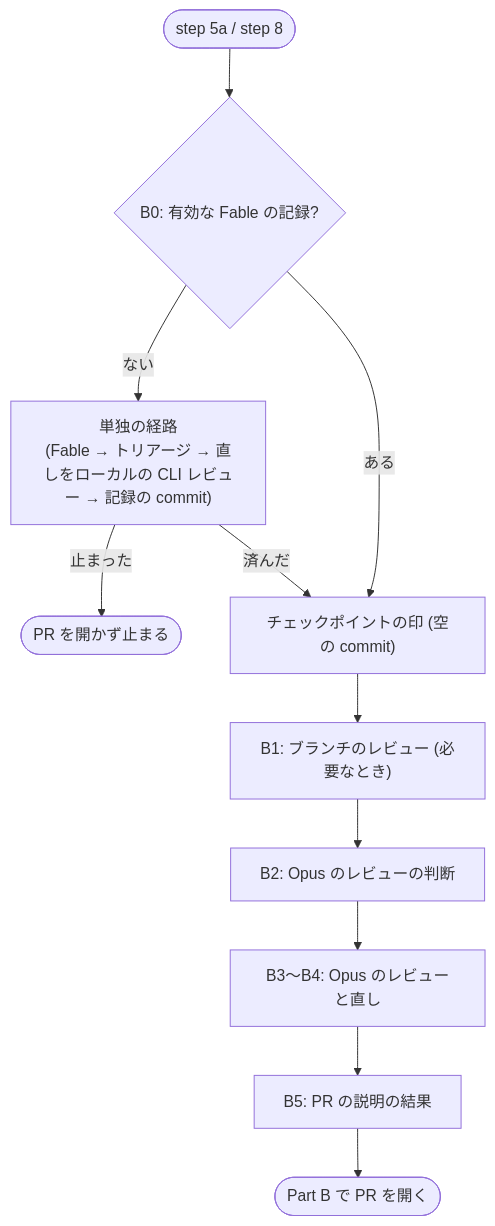
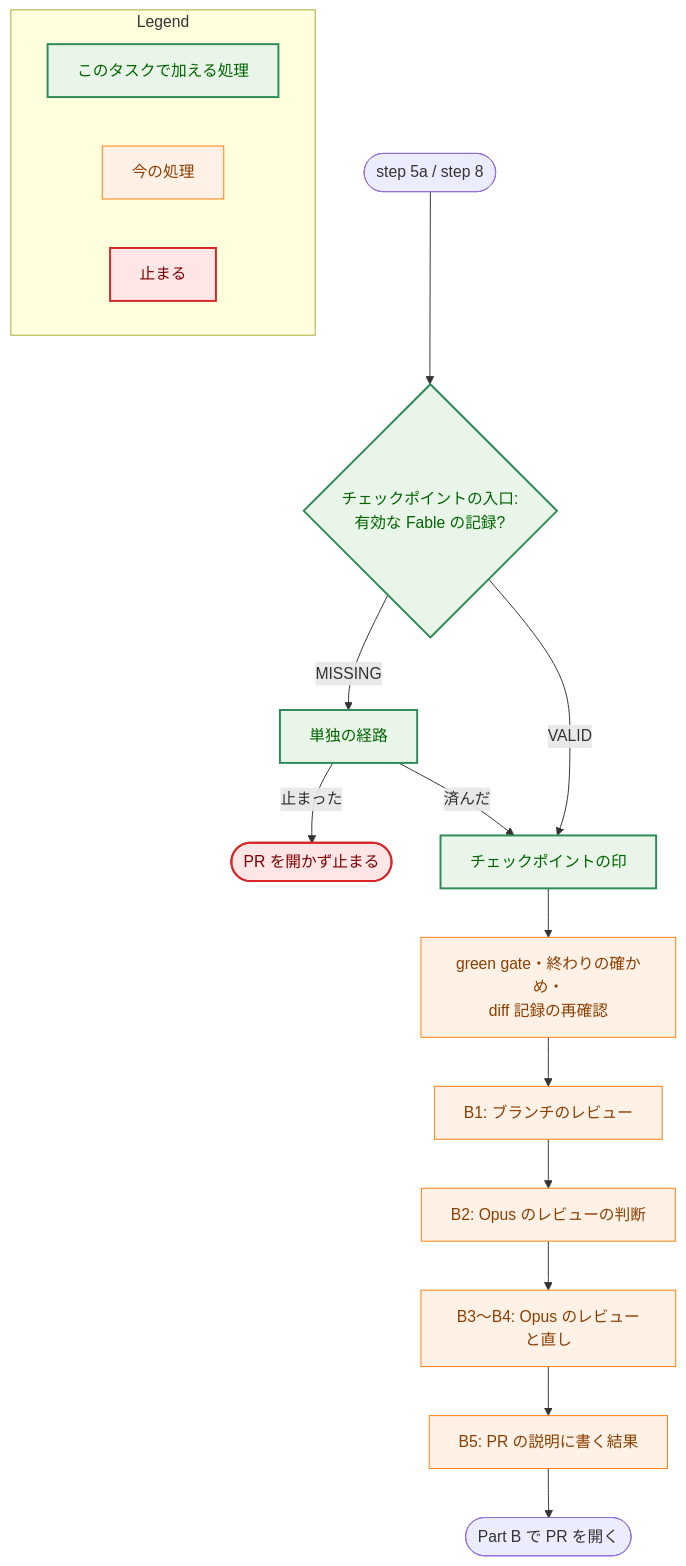
The seventh of 7 diagrams in docs/tasks/0098_fable_partial_review/02_architecture.md (isseis/yt2column), drawn with Mermaid before and after one commit. The commit also changed other lines of this file and 4 other files, not shown here.

First line of the commit message:
docs(0098): apply the review fixes to the architecture

````diff
--- a/docs/tasks/0098_fable_partial_review/02_architecture.md
+++ b/docs/tasks/0098_fable_partial_review/02_architecture.md
@@ -687,13 +835,31 @@
 ```mermaid
 flowchart TD
-    Start(["step 5a / step 8"]) --> B0{"B0: 有効な Fable の記録?"}
-    B0 -->|"ない"| Solo["単独の経路<br>(Fable → トリアージ → 直しをローカルの CLI レビュー → 記録の commit)"]
+    classDef process fill:#fff1e6,stroke:#ff7f0e,stroke-width:1px,color:#8a3e00;
+    classDef problem fill:#ffe6e6,stroke:#d62728,stroke-width:2px,color:#7b0000;
+    classDef enhanced fill:#e8f5e8,stroke:#2e8b57,stroke-width:2px,color:#006400;
+
+    Start(["step 5a / step 8"]) --> Entry{"チェックポイントの入口:<br>有効な Fable の記録?"}
+    Entry -->|"MISSING"| Solo["単独の経路"]
     Solo -->|"止まった"| Halt(["PR を開かず止まる"])
-    Solo -->|"済んだ"| Mark["チェックポイントの印 (空の commit)"]
-    B0 -->|"ある"| Mark
-    Mark --> B1["B1: ブランチのレビュー (必要なとき)"]
+    Solo -->|"済んだ"| Mark["チェックポイントの印"]
+    Entry -->|"VALID"| Mark
+    Mark --> Gate["green gate・終わりの確かめ・<br>diff 記録の再確認"]
+    Gate --> B1["B1: ブランチのレビュー"]
     B1 --> B2["B2: Opus のレビューの判断"]
     B2 --> B3["B3〜B4: Opus のレビューと直し"]
-    B3 --> B5["B5: PR の説明の結果"]
+    B3 --> B5["B5: PR の説明に書く結果"]
     B5 --> PB(["Part B で PR を開く"])
+
+    class Entry,Solo,Mark enhanced
+    class Gate,B1,B2,B3,B5 process
+    class Halt problem
+
+    subgraph Legend["Legend"]
+        L1["このタスクで加える処理"]
+        L2["今の処理"]
+        L3["止まる"]
+    end
+    class L1 enhanced
+    class L2 process
+    class L3 problem
 ```
````
